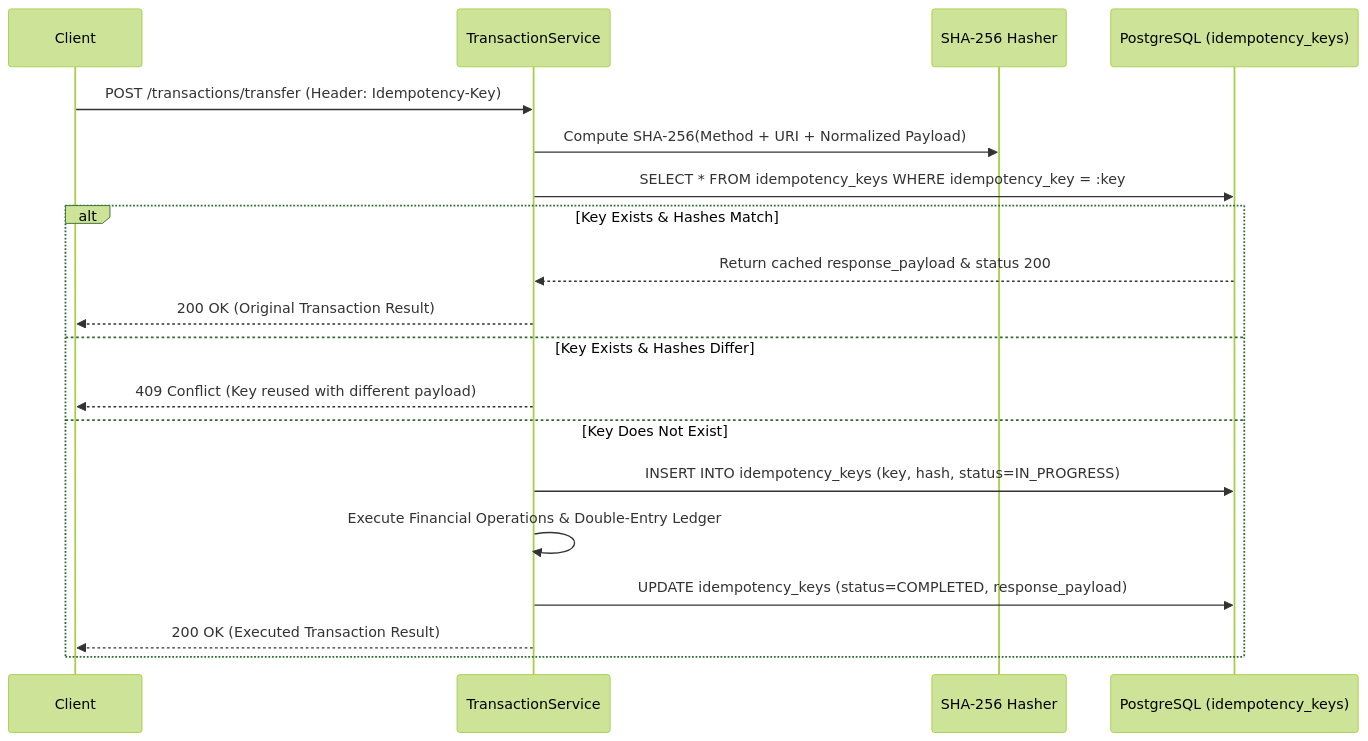
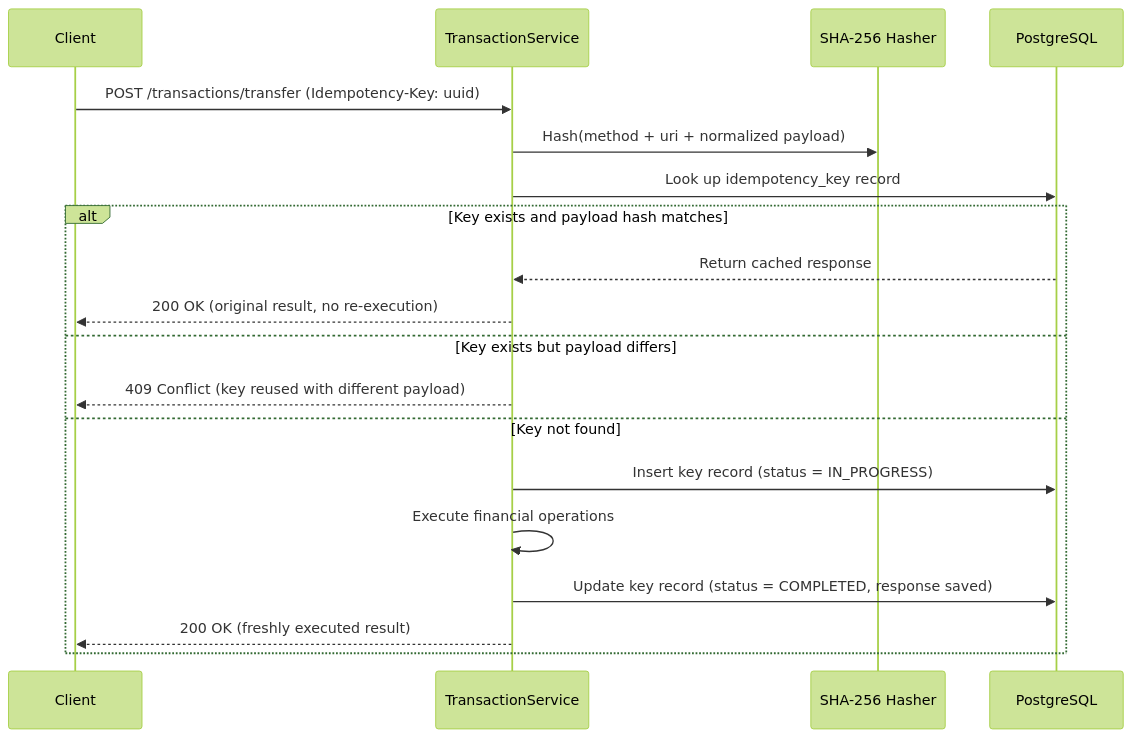
One commit to Praneethbandi05/Ledger_Line changed the fourth of 4 diagrams in docs/architecture.md. Above: the diagram before and after it, drawn with Mermaid (forest theme). The commit also changed other lines of this file and 5 other files, not shown here.

````diff
--- a/docs/architecture.md
+++ b/docs/architecture.md
@@ -222,22 +203,23 @@
 ```mermaid
 sequenceDiagram
     participant Client
     participant Service as TransactionService
     participant Hasher as SHA-256 Hasher
-    participant DB as PostgreSQL (idempotency_keys)
+    participant DB as PostgreSQL
 
-    Client->>Service: POST /transactions/transfer (Header: Idempotency-Key)
-    Service->>Hasher: Compute SHA-256(Method + URI + Normalized Payload)
-    Service->>DB: SELECT * FROM idempotency_keys WHERE idempotency_key = :key
-    alt Key Exists & Hashes Match
-        DB-->>Service: Return cached response_payload & status 200
-        Service-->>Client: 200 OK (Original Transaction Result)
-    else Key Exists & Hashes Differ
-        Service-->>Client: 409 Conflict (Key reused with different payload)
-    else Key Does Not Exist
-        Service->>DB: INSERT INTO idempotency_keys (key, hash, status=IN_PROGRESS)
-        Service->>Service: Execute Financial Operations & Double-Entry Ledger
-        Service->>DB: UPDATE idempotency_keys (status=COMPLETED, response_payload)
-        Service-->>Client: 200 OK (Executed Transaction Result)
+    Client->>Service: POST /transactions/transfer (Idempotency-Key: uuid)
+    Service->>Hasher: Hash(method + uri + normalized payload)
+    Service->>DB: Look up idempotency_key record
+
+    alt Key exists and payload hash matches
+        DB-->>Service: Return cached response
+        Service-->>Client: 200 OK (original result, no re-execution)
+    else Key exists but payload differs
+        Service-->>Client: 409 Conflict (key reused with different payload)
+    else Key not found
+        Service->>DB: Insert key record (status = IN_PROGRESS)
+        Service->>Service: Execute financial operations
+        Service->>DB: Update key record (status = COMPLETED, response saved)
+        Service-->>Client: 200 OK (freshly executed result)
     end
 ```
````
